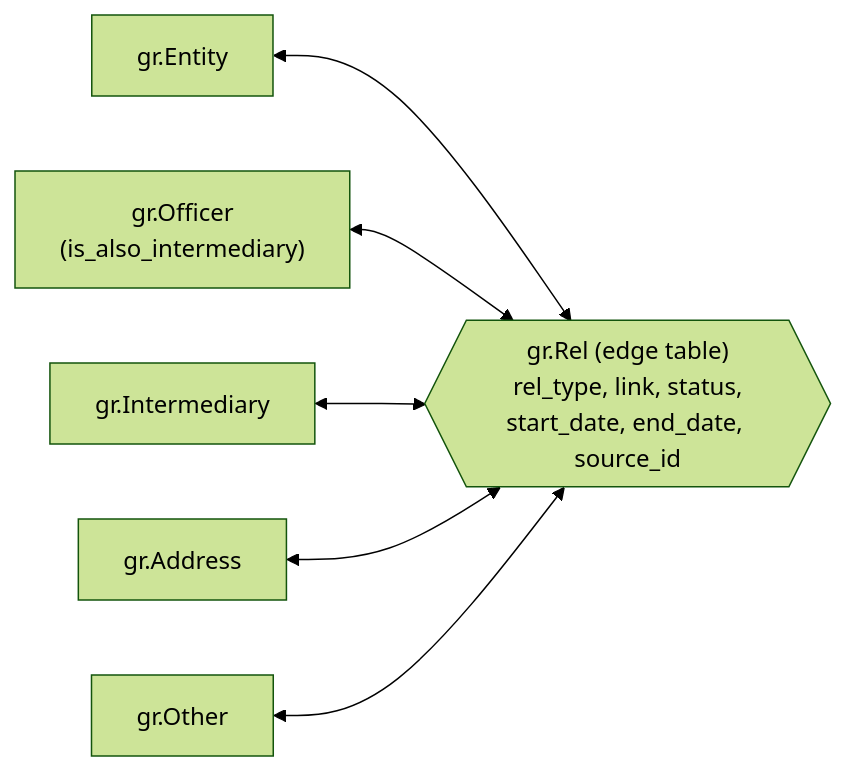
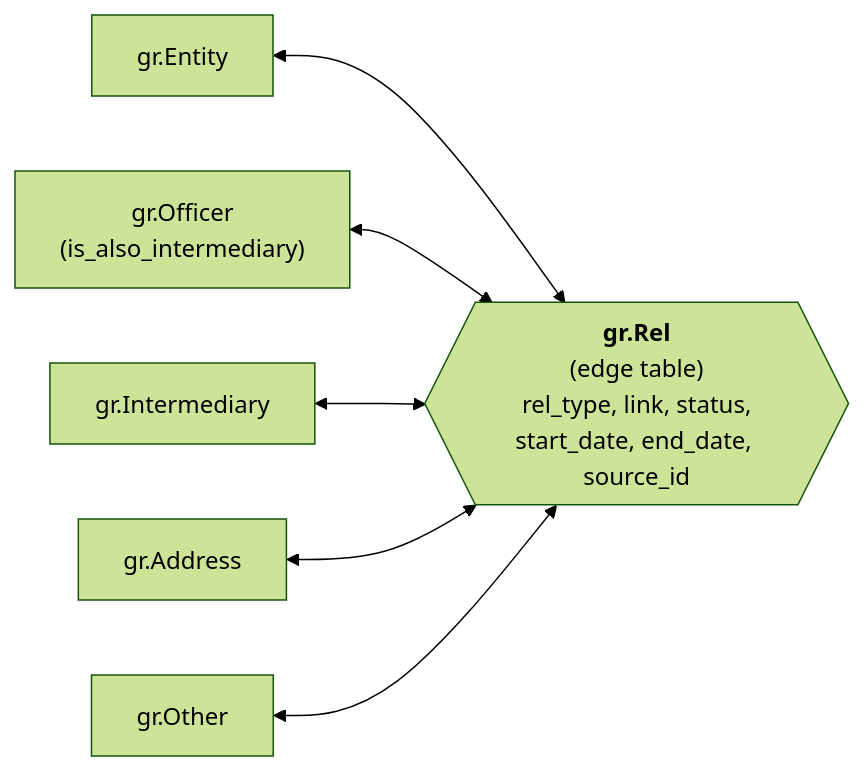
Before and after one commit to Kevarias19-git/data-analyst-portfolio: the diagram in ICIJ Offshore Leaks - SQL Server/README.md, drawn with Mermaid (forest theme).

````diff
--- a/ICIJ Offshore Leaks - SQL Server/README.md
+++ b/ICIJ Offshore Leaks - SQL Server/README.md
@@ -368,15 +368,15 @@
 ```mermaid
 flowchart LR
     E[gr.Entity]
     O["gr.Officer<br/>(is_also_intermediary)"]
     I[gr.Intermediary]
     A[gr.Address]
     X[gr.Other]
-    R{{"gr.Rel (edge table)<br/>rel_type, link, status,<br/>start_date, end_date, source_id"}}
+    R{{"<b>gr.Rel</b><br/>(edge table)<br/>rel_type, link, status,<br/>start_date, end_date, source_id"}}
 
     E <--> R
     O <--> R
     I <--> R
     A <--> R
     X <--> R
 ```
````
